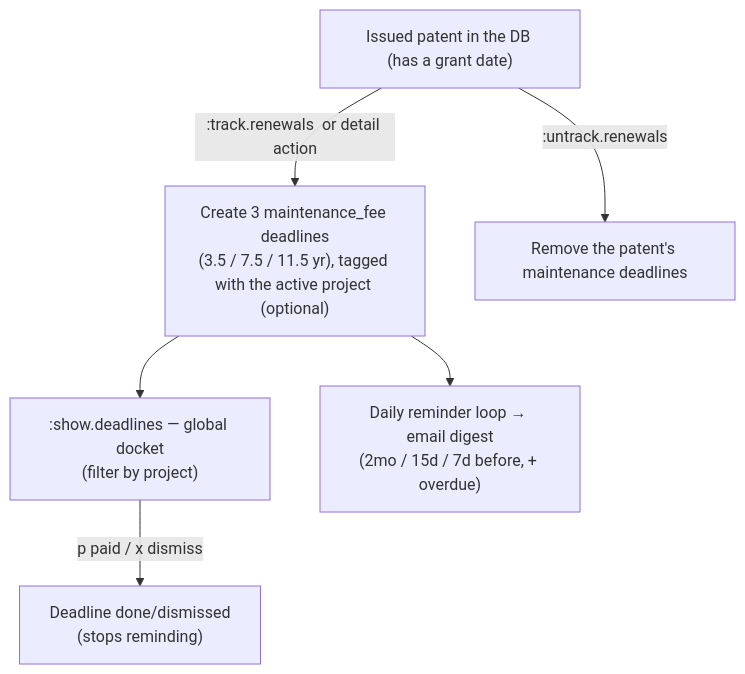
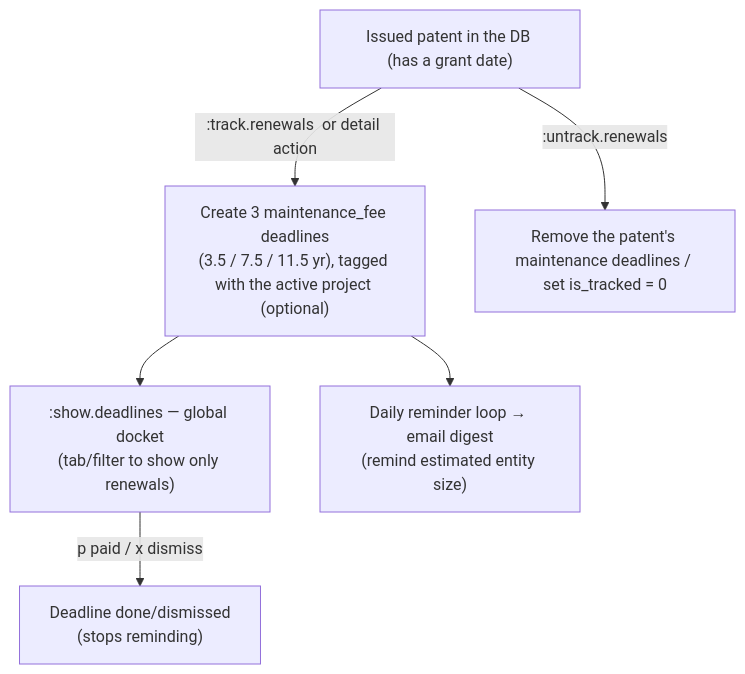
One commit to fjmalass/PatentMine changed the diagram in TUI_RENEWALS.md. Above: the diagram before and after it, drawn with Mermaid. The commit also changed other lines of this file and 26 other files, not shown here.

````diff
--- a/TUI_RENEWALS.md
+++ b/TUI_RENEWALS.md
@@ -165,8 +150,8 @@
 ```mermaid
 flowchart TD
     A["Issued patent in the DB (has a grant date)"] -->|":track.renewals <num>" or detail action| B["Create 3 maintenance_fee deadlines\n(3.5 / 7.5 / 11.5 yr), tagged with the active project (optional)"]
-    B --> C[":show.deadlines — global docket\n(filter by project)"]
-    B --> D["Daily reminder loop → email digest\n(2mo / 15d / 7d before, + overdue)"]
+    B --> C[":show.deadlines — global docket\n(tab/filter to show only renewals)"]
+    B --> D["Daily reminder loop → email digest\n(remind estimated entity size)"]
     C -->|"p paid / x dismiss"| E["Deadline done/dismissed\n(stops reminding)"]
-    A -->|":untrack.renewals <num>"| F["Remove the patent's maintenance deadlines"]
+    A -->|":untrack.renewals <num>"| F["Remove the patent's maintenance deadlines / set is_tracked = 0"]
 ```
````
